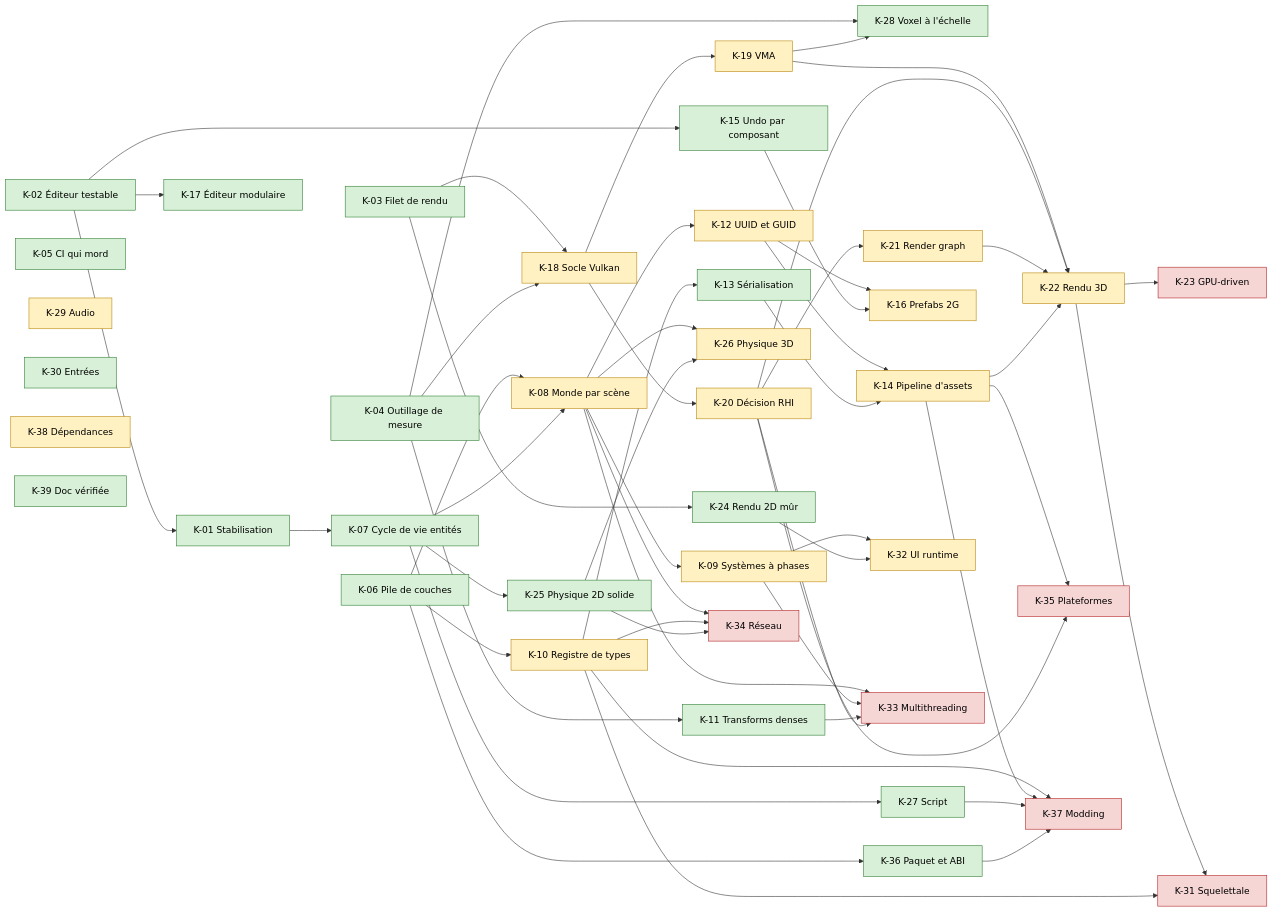
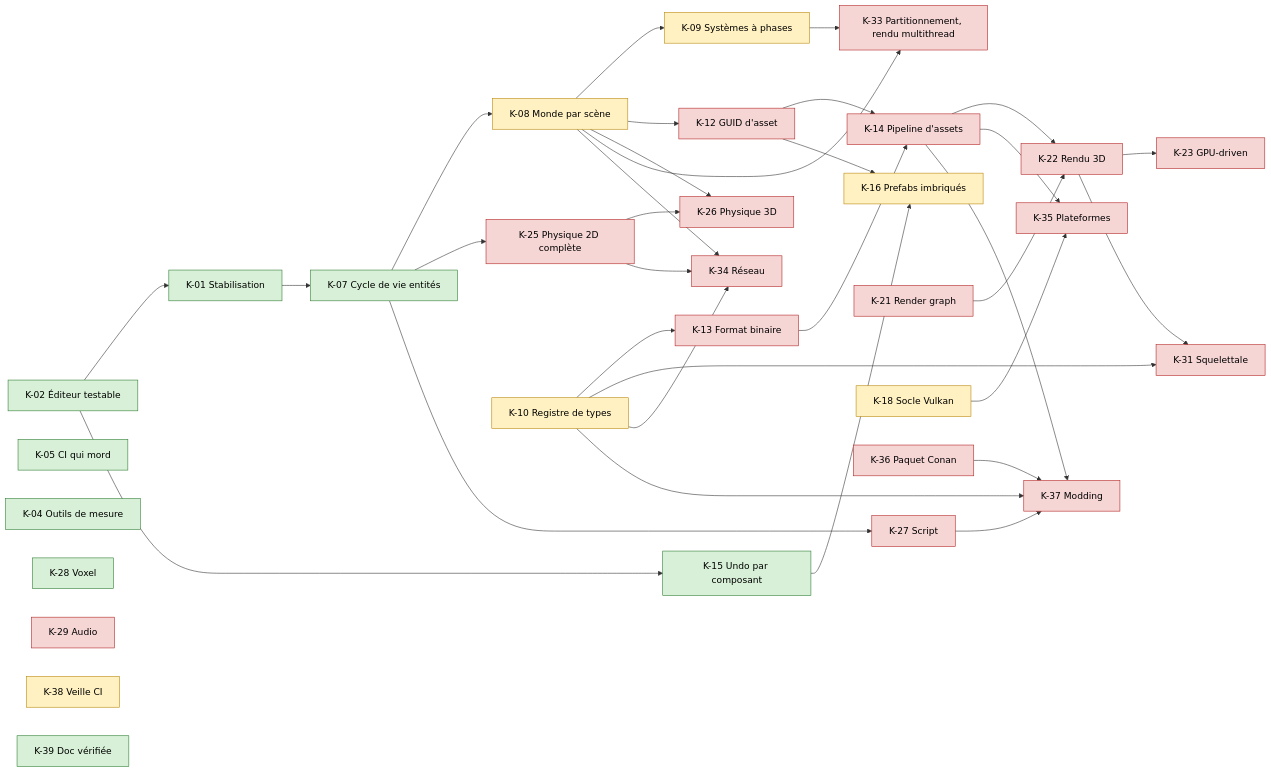
Before and after one commit to Silmaen/Owl: the diagram in doc/audit/40-avenir.md, drawn with Mermaid. The commit also changed other lines of this file and 63 other files, not shown here.

````diff
--- a/doc/audit/40-avenir.md
+++ b/doc/audit/40-avenir.md
@@ -537,62 +369,44 @@
 ```mermaid
 flowchart LR
     classDef court fill:#d7f0d7,stroke:#2e7d32,color:#000
     classDef moyen fill:#fff1c2,stroke:#b8860b,color:#000
     classDef long fill:#f6d5d5,stroke:#b22222,color:#000
 
     K02[K-02 Éditeur testable]:::court --> K01[K-01 Stabilisation]:::court
     K02 --> K15[K-15 Undo par composant]:::court
-    K02 --> K17[K-17 Éditeur modulaire]:::court
     K01 --> K07[K-07 Cycle de vie entités]:::court
-    K03[K-03 Filet de rendu]:::court --> K18[K-18 Socle Vulkan]:::moyen
-    K03 --> K24[K-24 Rendu 2D mûr]:::court
-    K04[K-04 Outillage de mesure]:::court --> K11[K-11 Transforms denses]:::court
-    K04 --> K18
-    K04 --> K28[K-28 Voxel à l'échelle]:::court
     K05[K-05 CI qui mord]:::court
-    K06[K-06 Pile de couches]:::court --> K08[K-08 Monde par scène]:::moyen
-    K06 --> K10[K-10 Registre de types]:::moyen
-    K06 --> K36[K-36 Paquet et ABI]:::court
-    K07 --> K08
-    K07 --> K25[K-25 Physique 2D solide]:::court
-    K07 --> K27[K-27 Script]:::court
+    K04[K-04 Outils de mesure]:::court
+    K07 --> K08[K-08 Monde par scène]:::moyen
+    K07 --> K25[K-25 Physique 2D complète]:::long
+    K07 --> K27[K-27 Script]:::long
     K08 --> K09[K-09 Systèmes à phases]:::moyen
-    K08 --> K12[K-12 UUID et GUID]:::moyen
-    K08 --> K26[K-26 Physique 3D]:::moyen
+    K08 --> K12[K-12 GUID d'asset]:::long
+    K08 --> K26[K-26 Physique 3D]:::long
     K25 --> K26
-    K10 --> K13[K-13 Sérialisation]:::court
-    K12 --> K14[K-14 Pipeline d'assets]:::moyen
+    K10[K-10 Registre de types]:::moyen --> K13[K-13 Format binaire]:::long
+    K12 --> K14[K-14 Pipeline d'assets]:::long
     K13 --> K14
-    K12 --> K16[K-16 Prefabs 2G]:::moyen
+    K12 --> K16[K-16 Prefabs imbriqués]:::moyen
     K15 --> K16
-    K18 --> K19[K-19 VMA]:::moyen
-    K18 --> K20[K-20 Décision RHI]:::moyen
-    K19 --> K22[K-22 Rendu 3D]:::moyen
-    K20 --> K22
-    K20 --> K21[K-21 Render graph]:::moyen
-    K21 --> K22
+    K21[K-21 Render graph]:::long --> K22[K-22 Rendu 3D]:::long
     K14 --> K22
-    K19 --> K28
     K22 --> K23[K-23 GPU-driven]:::long
     K22 --> K31[K-31 Squelettale]:::long
     K10 --> K31
-    K09 --> K32[K-32 UI runtime]:::moyen
-    K24 --> K32
-    K08 --> K33[K-33 Multithreading]:::long
+    K08 --> K33[K-33 Partitionnement, rendu multithread]:::long
     K09 --> K33
-    K11 --> K33
-    K20 --> K33
     K08 --> K34[K-34 Réseau]:::long
     K10 --> K34
     K25 --> K34
     K14 --> K35[K-35 Plateformes]:::long
-    K20 --> K35
+    K18[K-18 Socle Vulkan]:::moyen --> K35
     K10 --> K37[K-37 Modding]:::long
     K14 --> K37
     K27 --> K37
-    K36 --> K37
-    K29[K-29 Audio]:::moyen
-    K30[K-30 Entrées]:::court
-    K38[K-38 Dépendances]:::moyen
+    K36[K-36 Paquet Conan]:::long --> K37
+    K28[K-28 Voxel]:::court
+    K29[K-29 Audio]:::long
+    K38[K-38 Veille CI]:::moyen
     K39[K-39 Doc vérifiée]:::court
 ```
````
